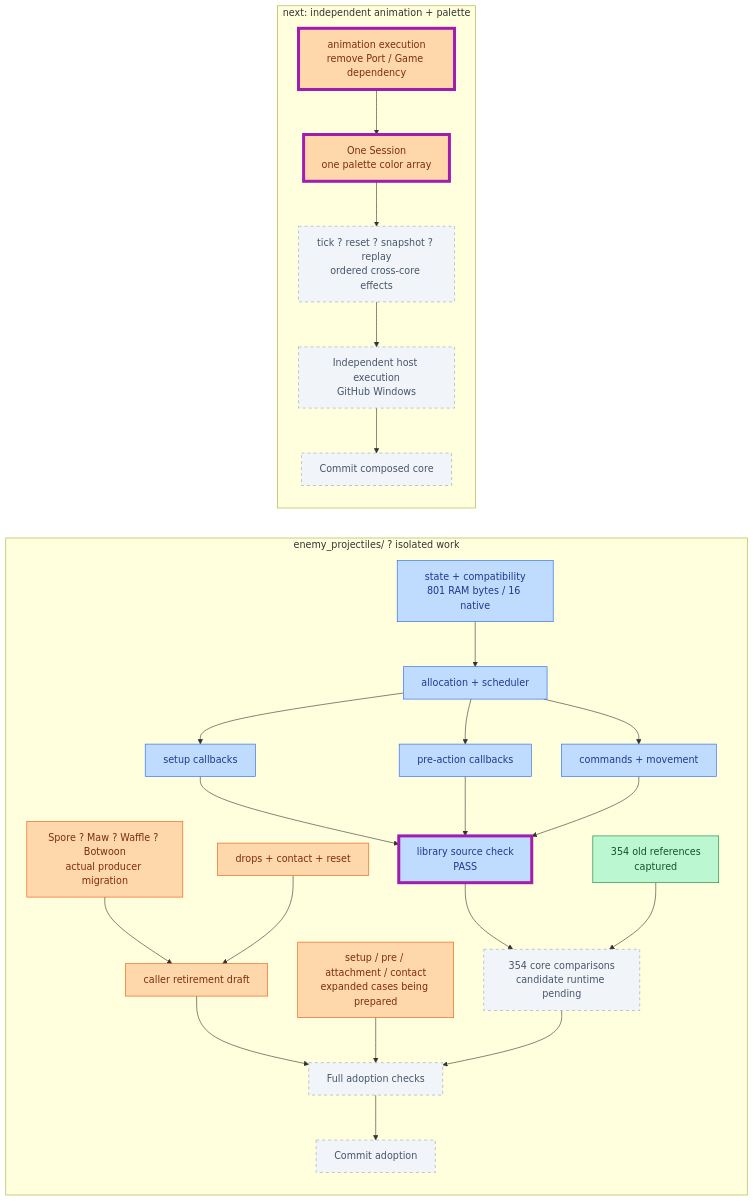
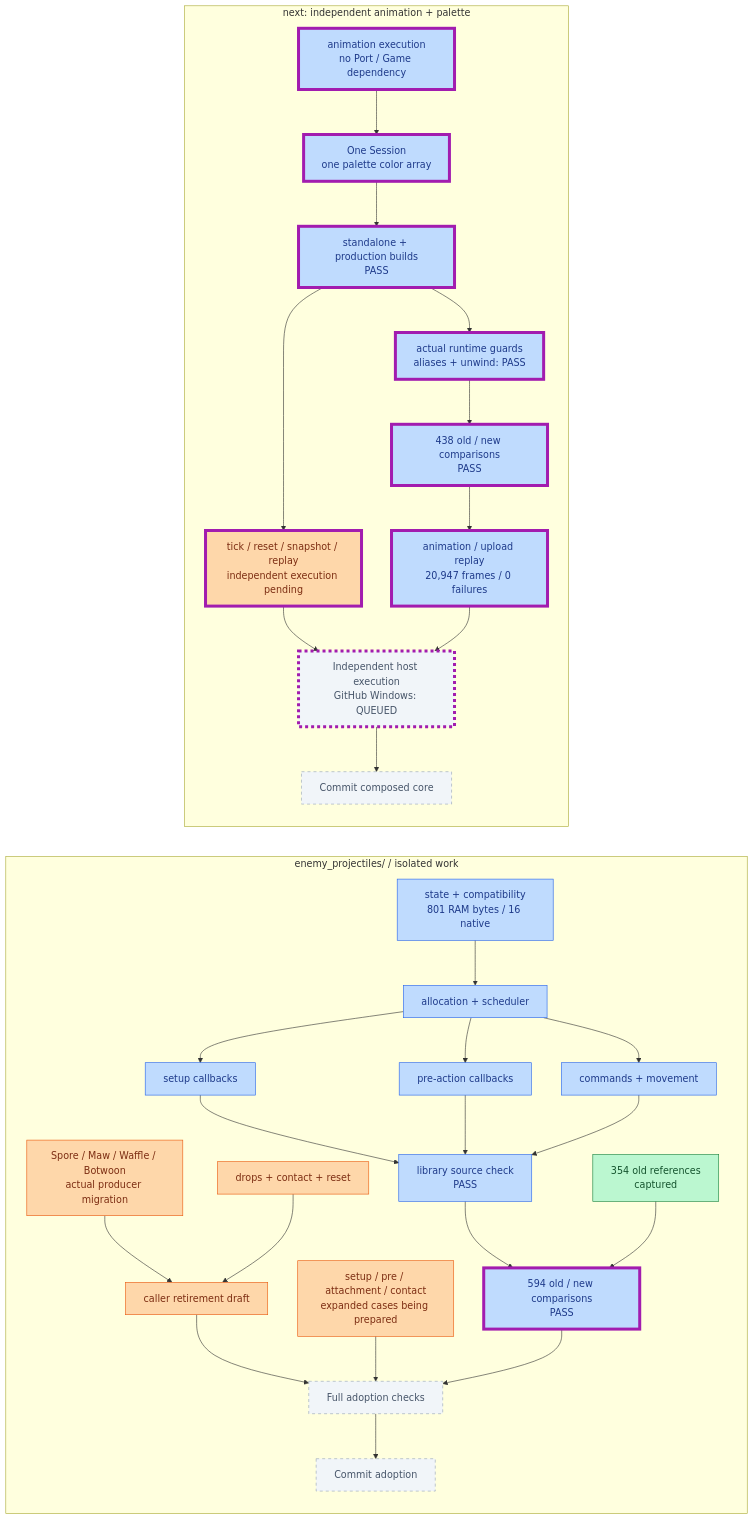
The third of 3 diagrams in PROGRESS.md (JimLundin/sm-decomp), drawn with Mermaid before and after one commit. The commit also changed other lines of this file and 19 other files, not shown here.

First line of the commit message:
Compose typed animation and palette cores; local comparisons and replay pass

````diff
--- a/PROGRESS.md
+++ b/PROGRESS.md
@@ -76,34 +76,39 @@
 ```mermaid
 flowchart LR
-    subgraph enemy["enemy_projectiles/ ? isolated work"]
+    subgraph enemy["enemy_projectiles/ / isolated work"]
         direction TB
         ES["state + compatibility<br/>801 RAM bytes / 16 native"]:::checked --> EL["allocation + scheduler"]:::checked
         EL --> SETUP["setup callbacks"]:::checked
         EL --> PRE["pre-action callbacks"]:::checked
         EL --> CMD["commands + movement"]:::checked
         SETUP --> EC["library source check<br/>PASS"]:::checked
         PRE --> EC
         CMD --> EC
-        ATT["Spore ? Maw ? Waffle ? Botwoon<br/>actual producer migration"]:::active --> CALL["caller retirement draft"]:::active
+        ATT["Spore / Maw / Waffle / Botwoon<br/>actual producer migration"]:::active --> CALL["caller retirement draft"]:::active
         DROP["drops + contact + reset"]:::active --> CALL
         CALL --> FULL["Full adoption checks"]:::pending
-        EC --> CORE["354 core comparisons<br/>candidate runtime pending"]:::pending
+        EC --> CORE["594 old / new comparisons<br/>PASS"]:::checked
         OLD["354 old references<br/>captured"]:::done --> CORE
         MORE["setup / pre / attachment / contact<br/>expanded cases being prepared"]:::active --> FULL
         CORE --> FULL
         FULL --> ECOMMIT["Commit adoption"]:::pending
     end
     subgraph composition["next: independent animation + palette"]
         direction TB
-        HOST["animation execution<br/>remove Port / Game dependency"]:::active --> ONE["One Session<br/>one palette color array"]:::active
-        ONE --> REPLAY["tick ? reset ? snapshot ? replay<br/>ordered cross-core effects"]:::pending
-        REPLAY --> CI["Independent host execution<br/>GitHub Windows"]:::pending
+        HOST["animation execution<br/>no Port / Game dependency"]:::checked --> ONE["One Session<br/>one palette color array"]:::checked
+        ONE --> BUILD["standalone + production builds<br/>PASS"]:::checked
+        BUILD --> GUARD["actual runtime guards<br/>aliases + unwind: PASS"]:::checked
+        GUARD --> REF["438 old / new comparisons<br/>PASS"]:::checked
+        REF --> MOVIE["animation / upload replay<br/>20,947 frames / 0 failures"]:::checked
+        BUILD --> REPLAY["tick / reset / snapshot / replay<br/>independent execution pending"]:::active
+        REPLAY --> CI["Independent host execution<br/>GitHub Windows: QUEUED"]:::pending
+        MOVIE --> CI
         CI --> CCOMMIT["Commit composed core"]:::pending
     end
     classDef done fill:#bbf7d0,stroke:#15803d,color:#14532d
     classDef checked fill:#bfdbfe,stroke:#2563eb,color:#1e3a8a
     classDef active fill:#fed7aa,stroke:#ea580c,color:#7c2d12
     classDef pending fill:#f1f5f9,stroke:#94a3b8,color:#475569,stroke-dasharray:5 5
     classDef changed stroke:#a21caf,stroke-width:5px
-    class EC,HOST,ONE changed
+    class CORE,HOST,ONE,BUILD,GUARD,REF,MOVIE,REPLAY,CI changed
 ```
````
